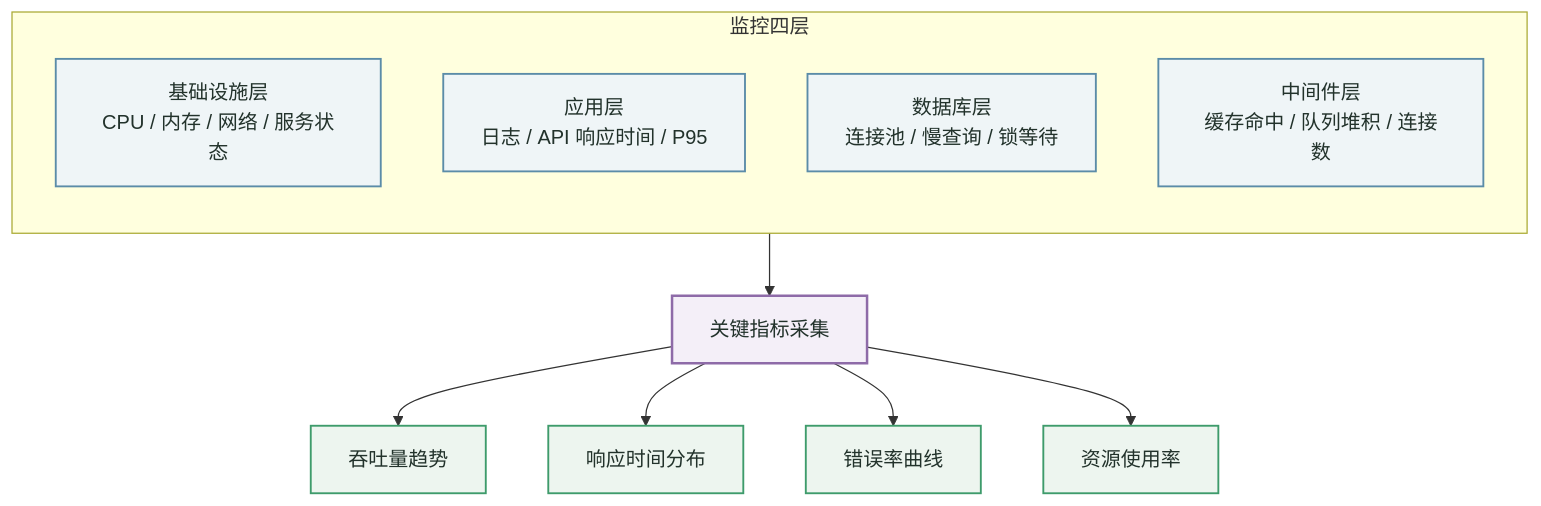
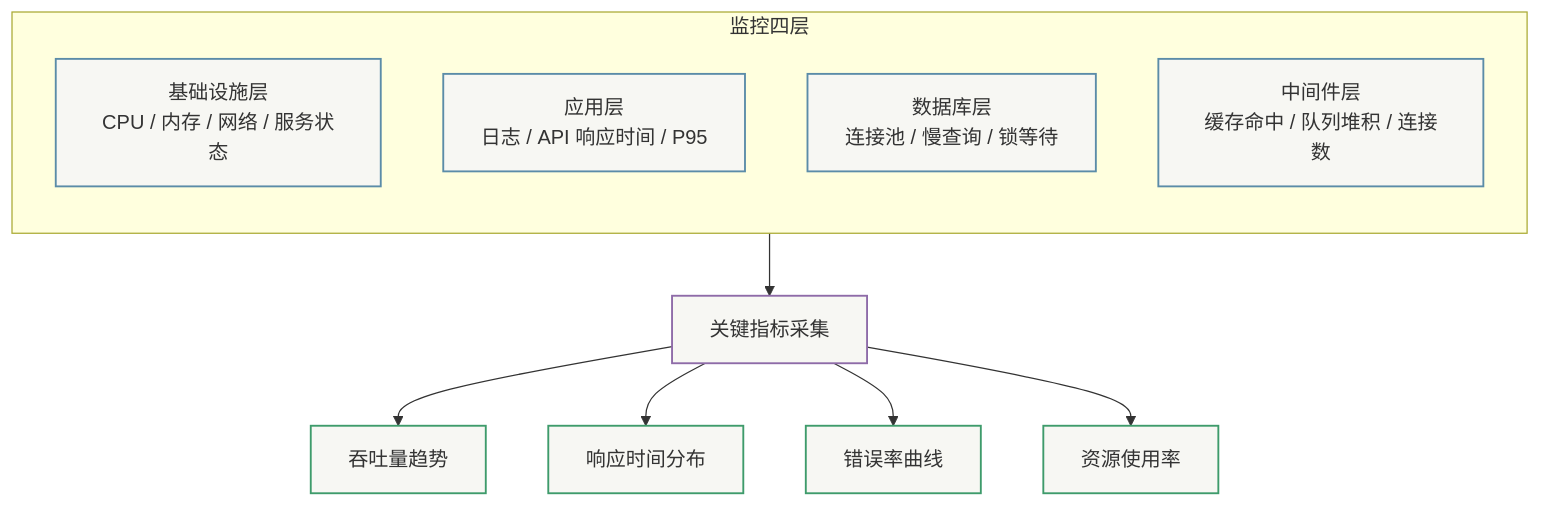
Before and after one commit to Fatejian/frontier-vault: the third of 4 diagrams in docs/testing/load-testing-practice.md, drawn with Mermaid. The commit also changed other lines of this file and 65 other files, not shown here.

First line of the commit message:
fix(theme): unify mermaid chart palette and remove solid core fills

````diff
--- a/docs/testing/load-testing-practice.md
+++ b/docs/testing/load-testing-practice.md
@@ -306,27 +306,27 @@
 ```mermaid
 flowchart TB
     subgraph Monitor[监控四层]
         direction TB
         M1["基础设施层<br/>CPU / 内存 / 网络 / 服务状态"]
         M2["应用层<br/>日志 / API 响应时间 / P95"]
         M3["数据库层<br/>连接池 / 慢查询 / 锁等待"]
         M4["中间件层<br/>缓存命中 / 队列堆积 / 连接数"]
     end
 
     Metrics[关键指标采集]
 
     Monitor --> Metrics
 
     Metrics --> A1[吞吐量趋势]
     Metrics --> A2[响应时间分布]
     Metrics --> A3[错误率曲线]
     Metrics --> A4[资源使用率]
 
-    classDef wait fill:#EFF5F7,stroke:#5B8CA8,color:#22322B,stroke-width:1.5px;
-    classDef metric fill:#F4EFF8,stroke:#8E6BA8,color:#22322B,stroke-width:2px;
-    classDef work fill:#EDF5EF,stroke:#3E9B6B,color:#22322B,stroke-width:1.5px;
+    classDef wait fill:#F7F7F3,stroke:#5B8CA8,stroke-width:1.5px;
+    classDef metric fill:#F7F7F3,stroke:#8E6BA8,stroke-width:1.5px;
+    classDef work fill:#F7F7F3,stroke:#3E9B6B,stroke-width:1.5px;
 
     class M1,M2,M3,M4 wait;
     class Metrics metric;
     class A1,A2,A3,A4 work;
 ```
````
